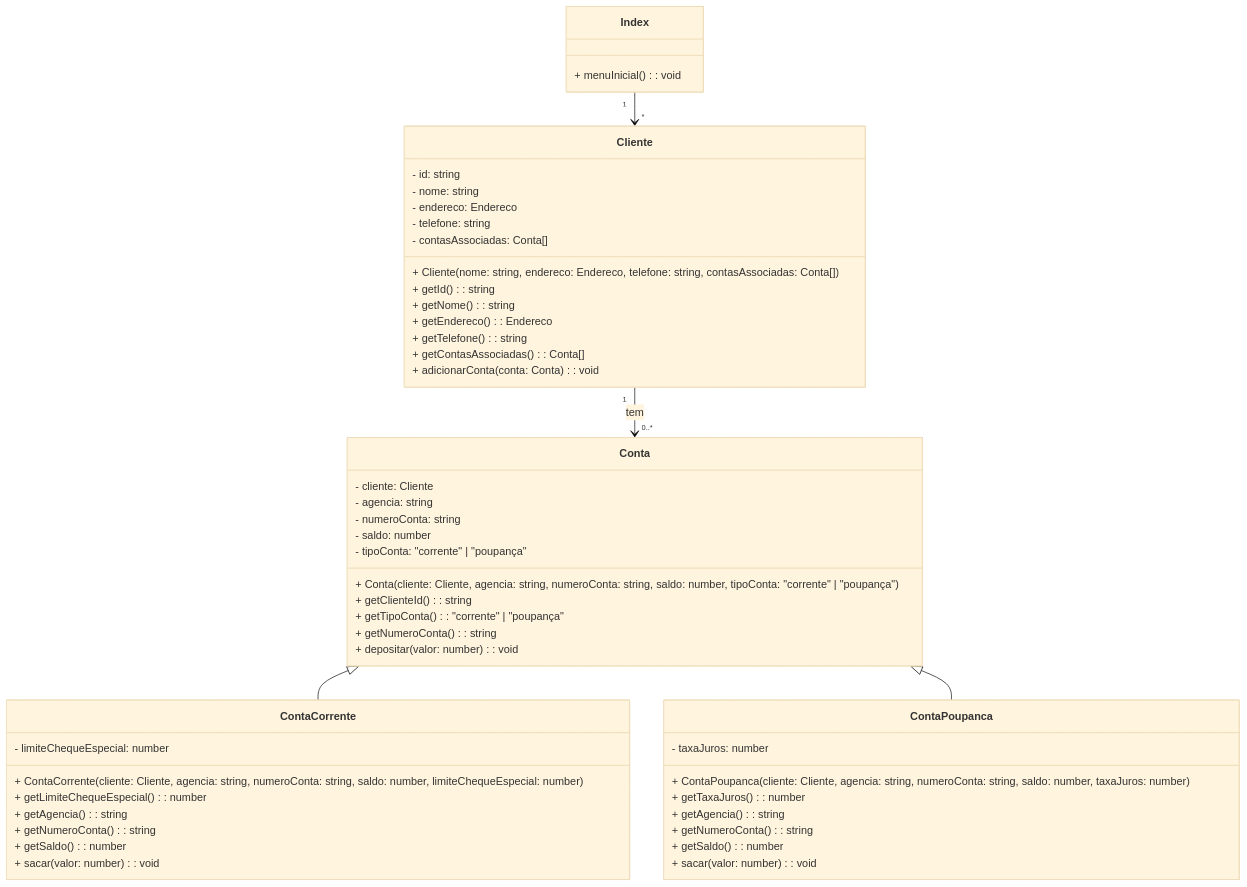
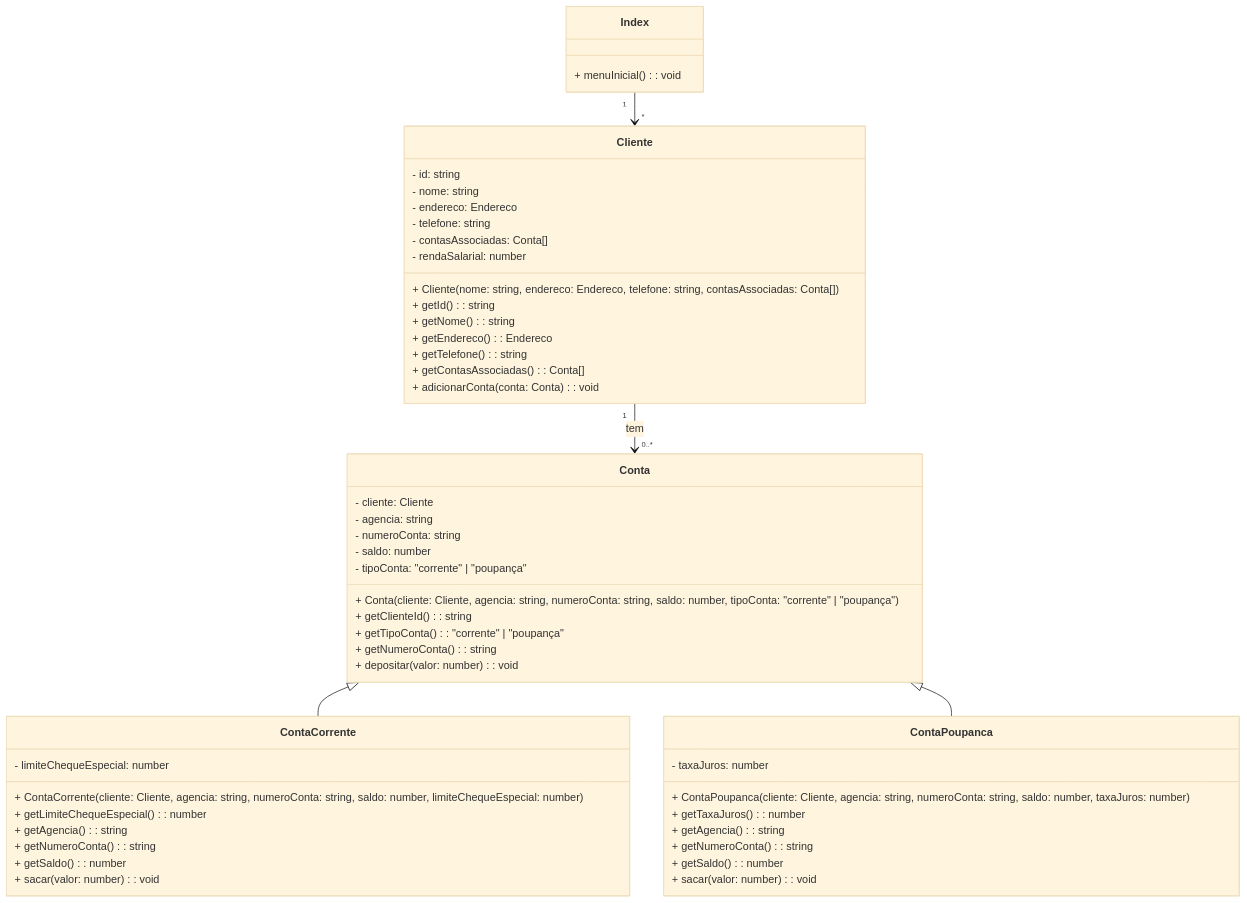
The diagram in README.md (reprograma/on32-ijs-projeto-banco-comunitario), drawn with Mermaid (base theme) before and after one commit. The commit also changed other lines of this file and 3 other files, not shown here.

````diff
--- a/README.md
+++ b/README.md
@@ -24,61 +24,63 @@
 ```mermaid
 
 classDiagram
     class Cliente {
         - id: string
         - nome: string
         - endereco: Endereco
         - telefone: string
         - contasAssociadas: Conta[]
+        - rendaSalarial: number
         + Cliente(nome: string, endereco: Endereco, telefone: string, contasAssociadas: Conta[])
         + getId(): string
         + getNome(): string
         + getEndereco(): Endereco
         + getTelefone(): string
         + getContasAssociadas(): Conta[]
         + adicionarConta(conta: Conta): void
     }
+
 
   class Conta {
           - cliente: Cliente
           - agencia: string
           - numeroConta: string
           - saldo: number
           - tipoConta: "corrente" | "poupança"
           + Conta(cliente: Cliente, agencia: string, numeroConta: string, saldo: number, tipoConta: "corrente" | "poupança")
           + getClienteId(): string
           + getTipoConta(): "corrente" | "poupança"
           + getNumeroConta(): string
           + depositar(valor: number): void
       }
 
        class ContaCorrente {
         - limiteChequeEspecial: number
         + ContaCorrente(cliente: Cliente, agencia: string, numeroConta: string, saldo: number, limiteChequeEspecial: number)
         + getLimiteChequeEspecial(): number
         + getAgencia(): string
         + getNumeroConta(): string
         + getSaldo(): number
         + sacar(valor: number): void
     }
   
   class ContaPoupanca {
         - taxaJuros: number
         + ContaPoupanca(cliente: Cliente, agencia: string, numeroConta: string, saldo: number, taxaJuros: number)
         + getTaxaJuros(): number
         + getAgencia(): string
         + getNumeroConta(): string
         + getSaldo(): number
         + sacar(valor: number): void
     }
 
       class Index {
         + menuInicial(): void
     }
 
     Index "1" --> "*" Cliente
     Cliente "1" --> "0..*" Conta : tem
     Conta <|-- ContaCorrente
     Conta <|-- ContaPoupanca
 
 ```
````
